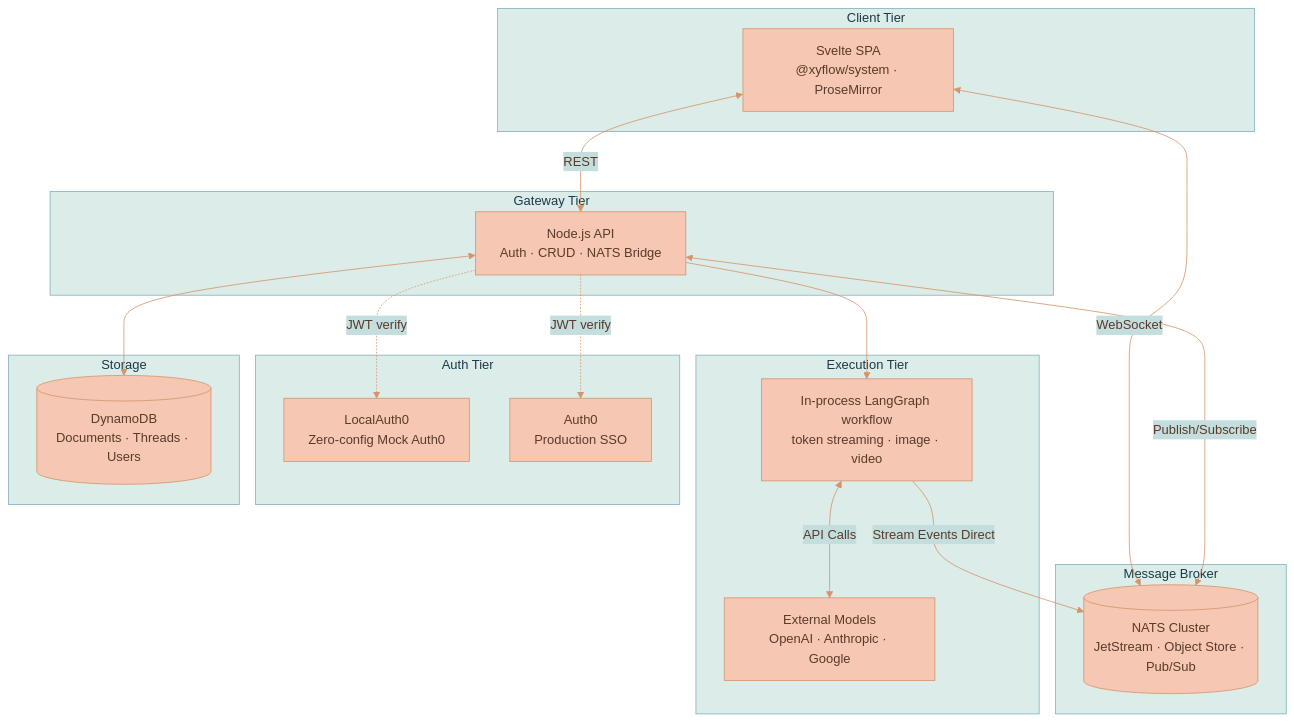
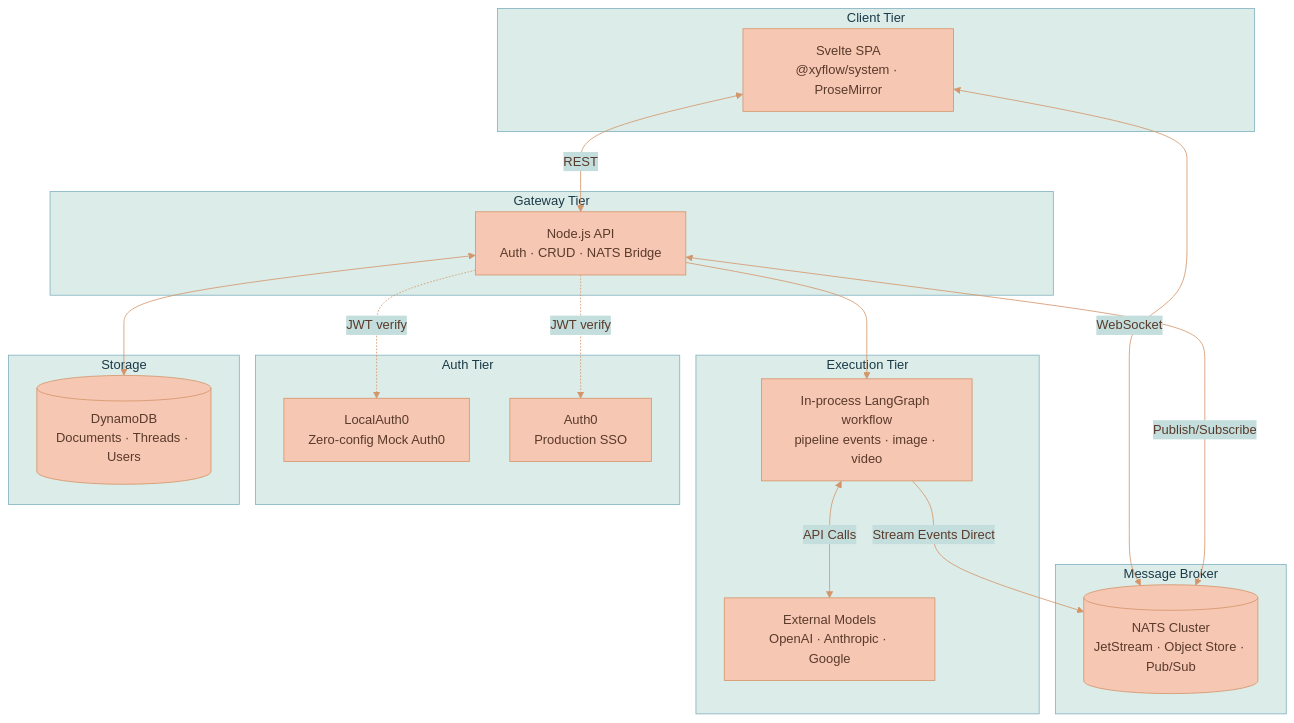
Before and after one commit to Lixpi/lixpi: the fourth of 7 diagrams in documentation/PRODUCT-OVERVIEW.md, drawn with Mermaid. The commit also changed other lines of this file and 61 other files, not shown here.

````diff
--- a/documentation/PRODUCT-OVERVIEW.md
+++ b/documentation/PRODUCT-OVERVIEW.md
@@ -158,39 +160,39 @@
 ```mermaid
 %%{init: {'theme': 'base', 'themeVariables': { 'primaryColor': '#F6C7B3', 'primaryTextColor': '#5a3a2a', 'primaryBorderColor': '#d4956a', 'secondaryColor': '#C3DEDD', 'secondaryTextColor': '#1a3a47', 'secondaryBorderColor': '#4a8a9d', 'tertiaryColor': '#DCECE9', 'tertiaryTextColor': '#1a3a47', 'tertiaryBorderColor': '#82B2C0', 'lineColor': '#d4956a', 'textColor': '#5a3a2a'}}}%%
 graph TB
     subgraph "Client Tier"
         UI[Svelte SPA<br/>@xyflow/system · ProseMirror]
     end
 
     subgraph "Gateway Tier"
         API[Node.js API<br/>Auth · CRUD · NATS Bridge]
     end
 
     subgraph "Message Broker"
         NATS[(NATS Cluster<br/>JetStream · Object Store · Pub/Sub)]
     end
 
     subgraph "Execution Tier"
-        LLM[In-process LangGraph workflow<br/>token streaming · image · video]
+        LLM[In-process LangGraph workflow<br/>pipeline events · image · video]
         Provider[External Models<br/>OpenAI · Anthropic · Google]
     end
 
     subgraph "Auth Tier"
         LA[LocalAuth0<br/>Zero-config Mock Auth0]
         Auth0[Auth0<br/>Production SSO]
     end
 
     subgraph "Storage"
         DDB[(DynamoDB<br/>Documents · Threads · Users)]
     end
 
     UI <-->|WebSocket| NATS
     UI <-->|REST| API
     API <-->|Publish/Subscribe| NATS
     API <--> DDB
     API --> LLM
     LLM <-->|API Calls| Provider
     LLM -->|Stream Events Direct| NATS
     API -.->|JWT verify| LA
     API -.->|JWT verify| Auth0
 ```
````
